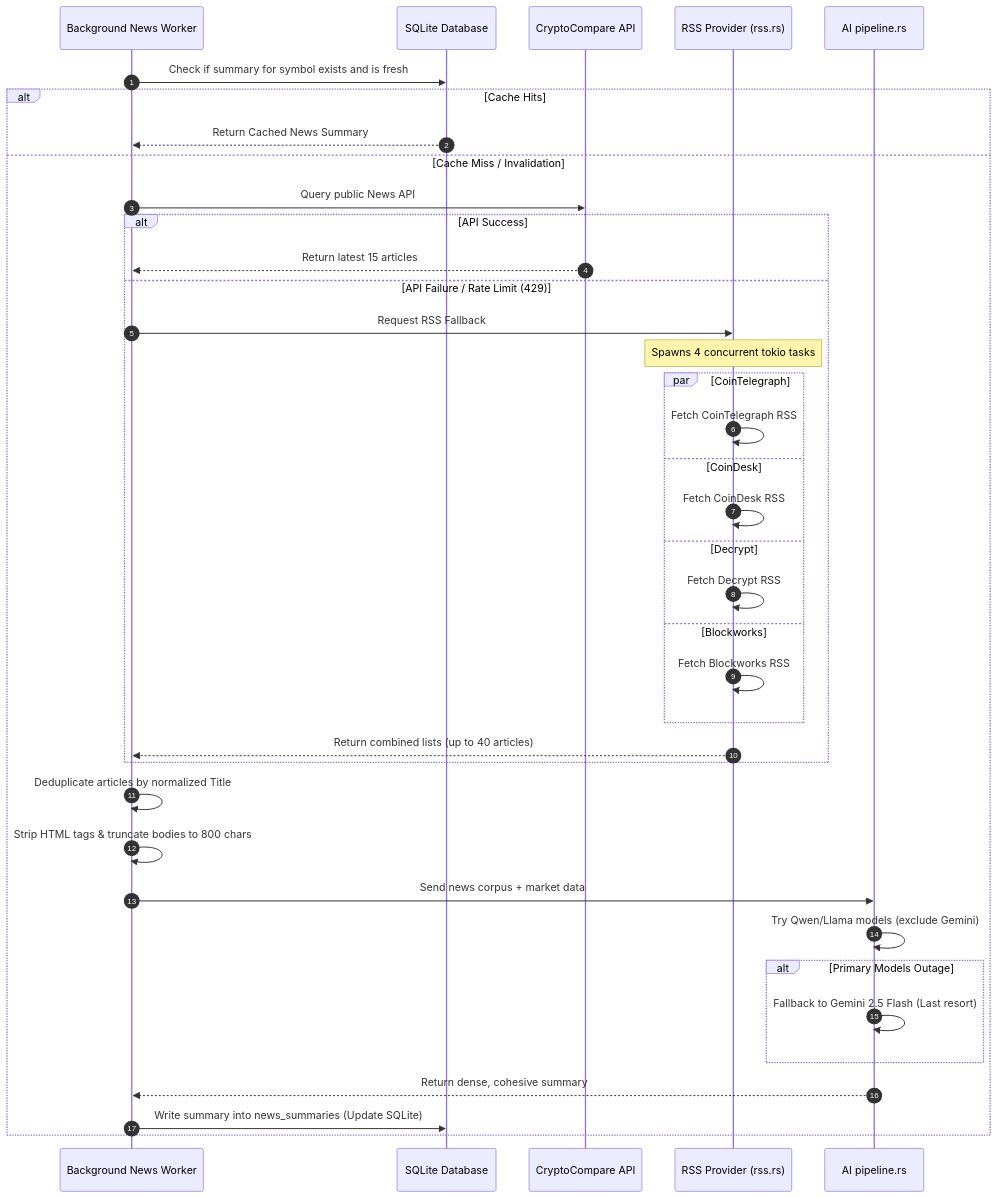
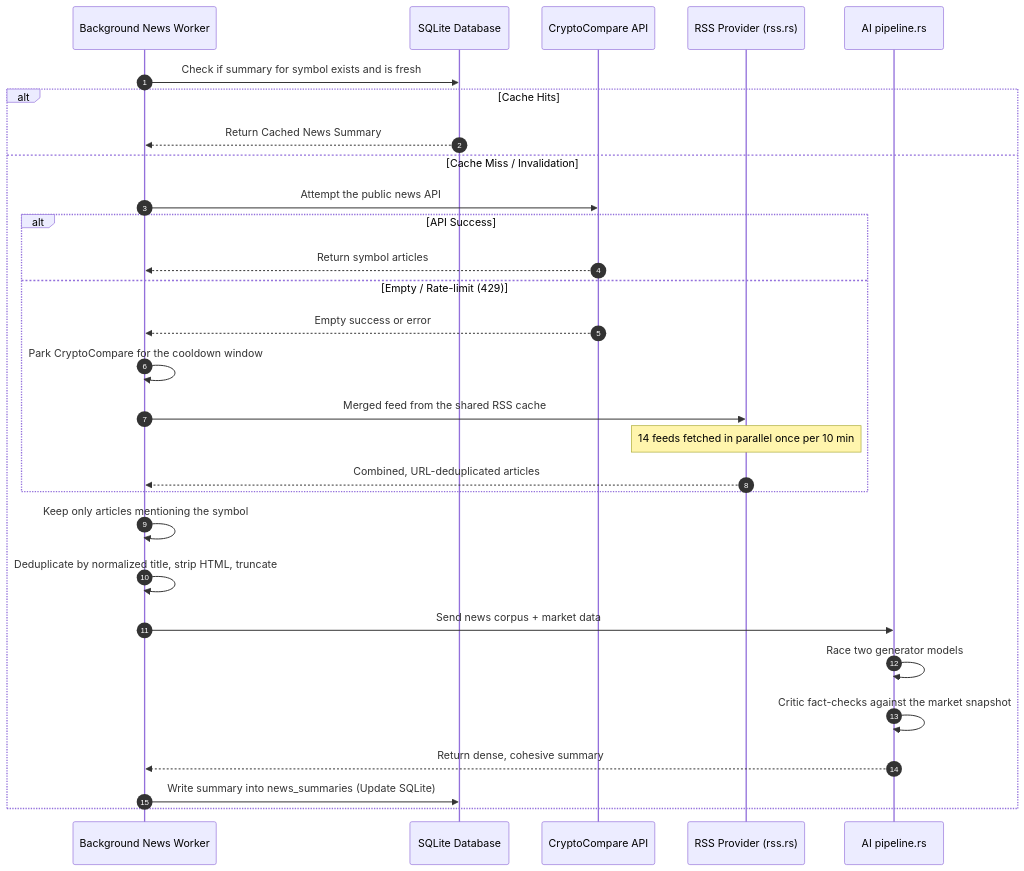
Before and after one commit to Envel-Nikita-Gutsenkov/CryptographBot: the second of 5 diagrams in docs/system_guide.md, drawn with Mermaid. The commit also changed other lines of this file and 11 other files, not shown here.

````diff
--- a/docs/system_guide.md
+++ b/docs/system_guide.md
@@ -57,41 +58,32 @@
 ```mermaid
 sequenceDiagram
     autonumber
     participant Worker as Background News Worker
     participant DB as SQLite Database
-    participant API as CryptoCompare API
+    participant CC as CryptoCompare API
     participant RSS as RSS Provider (rss.rs)
     participant AI as AI pipeline.rs
 
     Worker->>DB: Check if summary for symbol exists and is fresh
     alt Cache Hits
         DB-->>Worker: Return Cached News Summary
     else Cache Miss / Invalidation
-        Worker->>API: Query public News API
+        Worker->>CC: Attempt the public news API
         alt API Success
-            API-->>Worker: Return latest 15 articles
-        else API Failure / Rate Limit (429)
-            Worker->>RSS: Request RSS Fallback
-            Note over RSS: Spawns 4 concurrent tokio tasks
-            par CoinTelegraph
-                RSS->>RSS: Fetch CoinTelegraph RSS
-            and CoinDesk
-                RSS->>RSS: Fetch CoinDesk RSS
-            and Decrypt
-                RSS->>RSS: Fetch Decrypt RSS
-            and Blockworks
-                RSS->>RSS: Fetch Blockworks RSS
-            end
-            RSS-->>Worker: Return combined lists (up to 40 articles)
+            CC-->>Worker: Return symbol articles
+        else Empty / Rate-limit (429)
+            CC-->>Worker: Empty success or error
+            Worker->>Worker: Park CryptoCompare for the cooldown window
+            Worker->>RSS: Merged feed from the shared RSS cache
+            Note over RSS: 14 feeds fetched in parallel once per 10 min
+            RSS-->>Worker: Combined, URL-deduplicated articles
         end
-        Worker->>Worker: Deduplicate articles by normalized Title
-        Worker->>Worker: Strip HTML tags & truncate bodies to 800 chars
+        Worker->>Worker: Keep only articles mentioning the symbol
+        Worker->>Worker: Deduplicate by normalized title, strip HTML, truncate
         Worker->>AI: Send news corpus + market data
-        AI->>AI: Try Qwen/Llama models (exclude Gemini)
-        alt Primary Models Outage
-            AI->>AI: Fallback to Gemini 2.5 Flash (Last resort)
-        end
+        AI->>AI: Race two generator models
+        AI->>AI: Critic fact-checks against the market snapshot
         AI-->>Worker: Return dense, cohesive summary
         Worker->>DB: Write summary into news_summaries (Update SQLite)
     end
 ```
````
